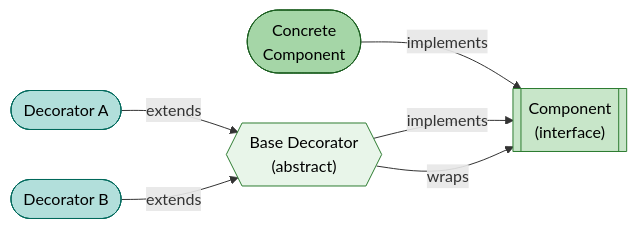
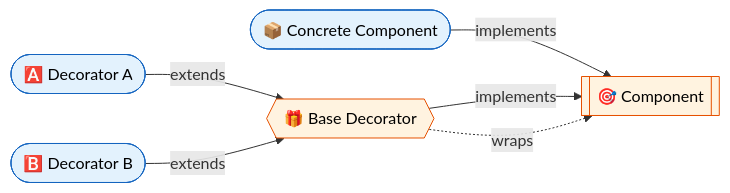
One commit to saivamsikaruturi/vamsilabs-dev-notes-main changed the second of 3 diagrams in docs/designpatterns/structuralDesignPatterns/DecoratorDesignPattern.md. Above: the diagram before and after it, drawn with Mermaid. The commit also changed other lines of this file and 42 other files, not shown here.

````diff
--- a/docs/designpatterns/structuralDesignPatterns/DecoratorDesignPattern.md
+++ b/docs/designpatterns/structuralDesignPatterns/DecoratorDesignPattern.md
@@ -30,20 +28,15 @@
 ```mermaid
 flowchart LR
-    Component[["Component\n(interface)"]]
-    ConcreteComponent(["Concrete\nComponent"])
-    Decorator{{"Base Decorator\n(abstract)"}}
-    DecoratorA(["Decorator A"])
-    DecoratorB(["Decorator B"])
+    Component[["🎯 Component"]]
+    CC(["📦 Concrete Component"]) -->|"implements"| Component
+    Decorator{{"🎁 Base Decorator"}} -->|"implements"| Component
+    Decorator -.->|"wraps"| Component
+    DecA(["🅰️ Decorator A"]) -->|"extends"| Decorator
+    DecB(["🅱️ Decorator B"]) -->|"extends"| Decorator
 
-    ConcreteComponent -->|implements| Component
-    Decorator -->|implements| Component
-    Decorator -->|wraps| Component
-    DecoratorA -->|extends| Decorator
-    DecoratorB -->|extends| Decorator
-
-    style Component fill:#c8e6c9,stroke:#2e7d32,color:#000
-    style ConcreteComponent fill:#a5d6a7,stroke:#1b5e20,color:#000
-    style Decorator fill:#e8f5e9,stroke:#2e7d32,color:#000
-    style DecoratorA fill:#b2dfdb,stroke:#00695c,color:#000
-    style DecoratorB fill:#b2dfdb,stroke:#00695c,color:#000
+    style Component fill:#FFF3E0,stroke:#E65100,color:#000
+    style CC fill:#E3F2FD,stroke:#1565C0,color:#000
+    style Decorator fill:#FFF3E0,stroke:#E65100,color:#000
+    style DecA fill:#E3F2FD,stroke:#1565C0,color:#000
+    style DecB fill:#E3F2FD,stroke:#1565C0,color:#000
 ```
````
